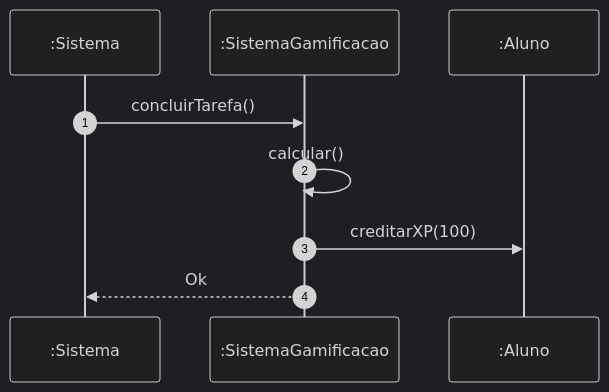
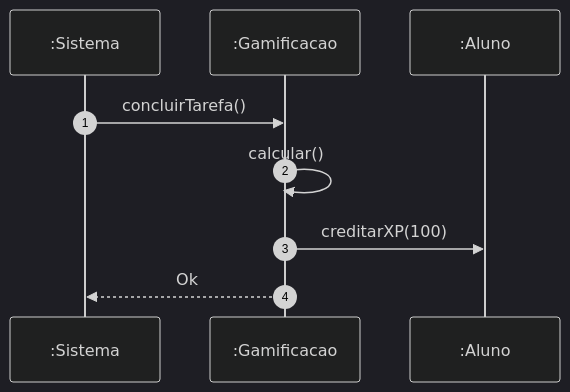
One commit to MayconDIS/PIM_III-Documentacao_UML changed the second of 2 diagrams in 02_Modelagem_UML_Astah/UC12_Atribuir_XP_Moedas/README.md. Above: the diagram before and after it, drawn with Mermaid (dark theme). The commit also changed other lines of this file and 234 other files, not shown here.

````diff
--- a/02_Modelagem_UML_Astah/UC12_Atribuir_XP_Moedas/README.md
+++ b/02_Modelagem_UML_Astah/UC12_Atribuir_XP_Moedas/README.md
@@ -70,11 +48,11 @@
 ```mermaid
 sequenceDiagram
     autonumber
     participant S as :Sistema
-    participant G as :SistemaGamificacao
+    participant G as :Gamificacao
     participant A as :Aluno
     S->>G: concluirTarefa()
     G->>G: calcular()
     G->>A: creditarXP(100)
     G-->>S: Ok
 ```
````
